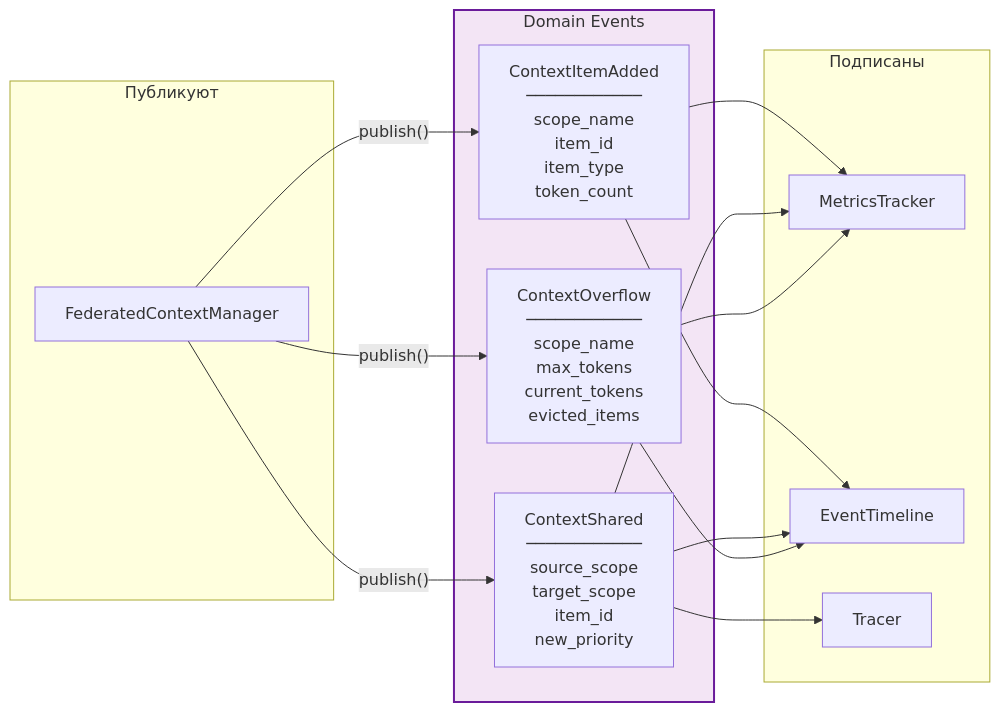
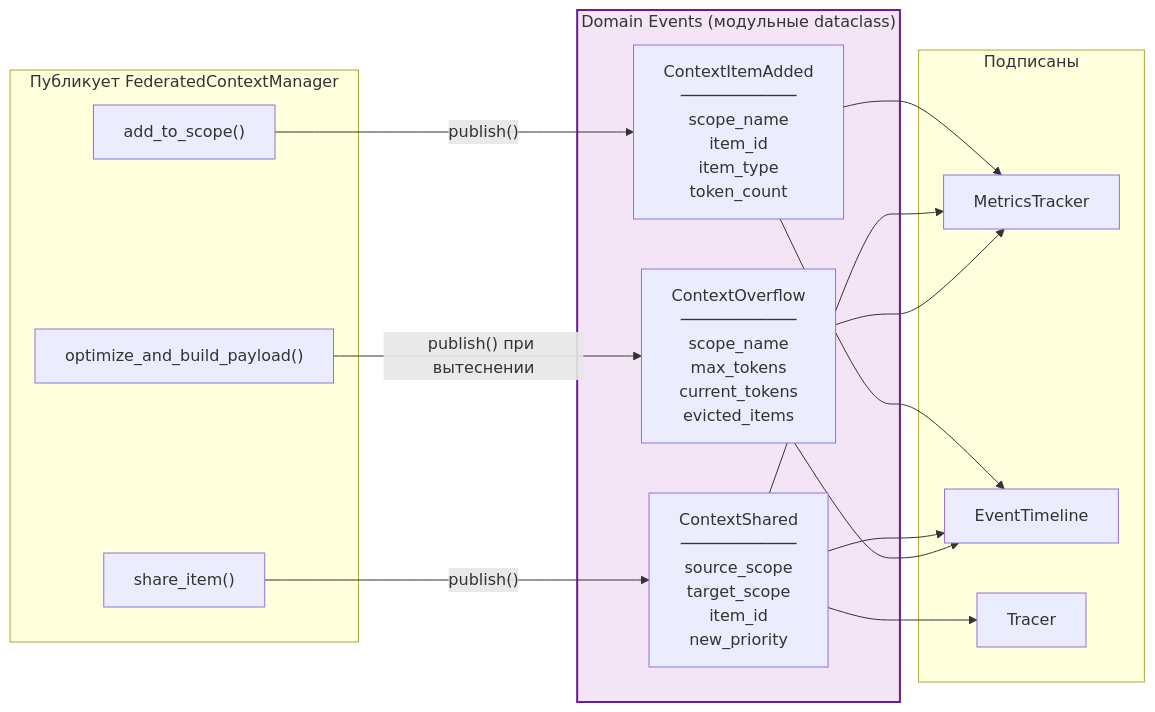
The ninth of 10 diagrams in doc/internals/architecture/fcm/DIAGRAMS.md (pese-git/codelab-agent), drawn with Mermaid before and after one commit. The commit also changed other lines of this file and 7 other files, not shown here.

````diff
--- a/doc/internals/architecture/fcm/DIAGRAMS.md
+++ b/doc/internals/architecture/fcm/DIAGRAMS.md
@@ -419,36 +462,36 @@
 ```mermaid
 graph LR
-    subgraph Events["Domain Events"]
+    subgraph Events["Domain Events (модульные dataclass)"]
         ItemAdded["ContextItemAdded<br/>────────────<br/>scope_name<br/>item_id<br/>item_type<br/>token_count"]
-        
+
         Shared["ContextShared<br/>────────────<br/>source_scope<br/>target_scope<br/>item_id<br/>new_priority"]
-        
+
         Overflow["ContextOverflow<br/>────────────<br/>scope_name<br/>max_tokens<br/>current_tokens<br/>evicted_items"]
     end
-    
-    subgraph Publishers["Публикуют"]
-        Manager["FederatedContextManager"]
+
+    subgraph Publishers["Публикует FederatedContextManager"]
+        AddOp["add_to_scope()"]
+        ShareOp["share_item()"]
+        OptOp["optimize_and_build_payload()"]
     end
-    
+
     subgraph Subscribers["Подписаны"]
         Metrics["MetricsTracker"]
         Timeline["EventTimeline"]
         Tracer["Tracer"]
     end
-    
-    Manager -->|"publish()"| ItemAdded
-    Manager -->|"publish()"| Shared
-    Manager -->|"publish()"| Overflow
-    
+
+    AddOp -->|"publish()"| ItemAdded
+    ShareOp -->|"publish()"| Shared
+    OptOp -->|"publish() при вытеснении"| Overflow
+
     ItemAdded --> Metrics
     ItemAdded --> Timeline
-    
     Shared --> Metrics
     Shared --> Timeline
     Shared --> Tracer
-    
     Overflow --> Metrics
     Overflow --> Timeline
-    
+
     style Events fill:#f3e5f5,stroke:#6a1b9a,stroke-width:2px
 ```
````
